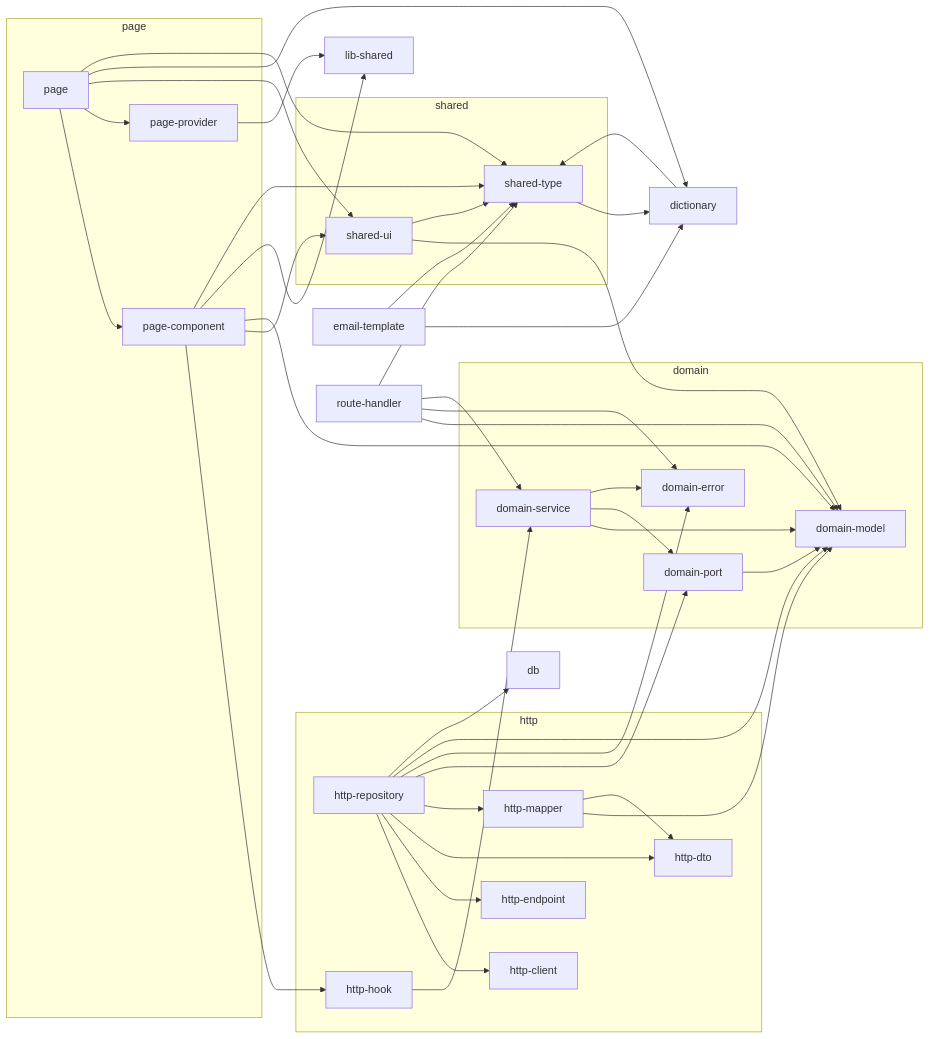
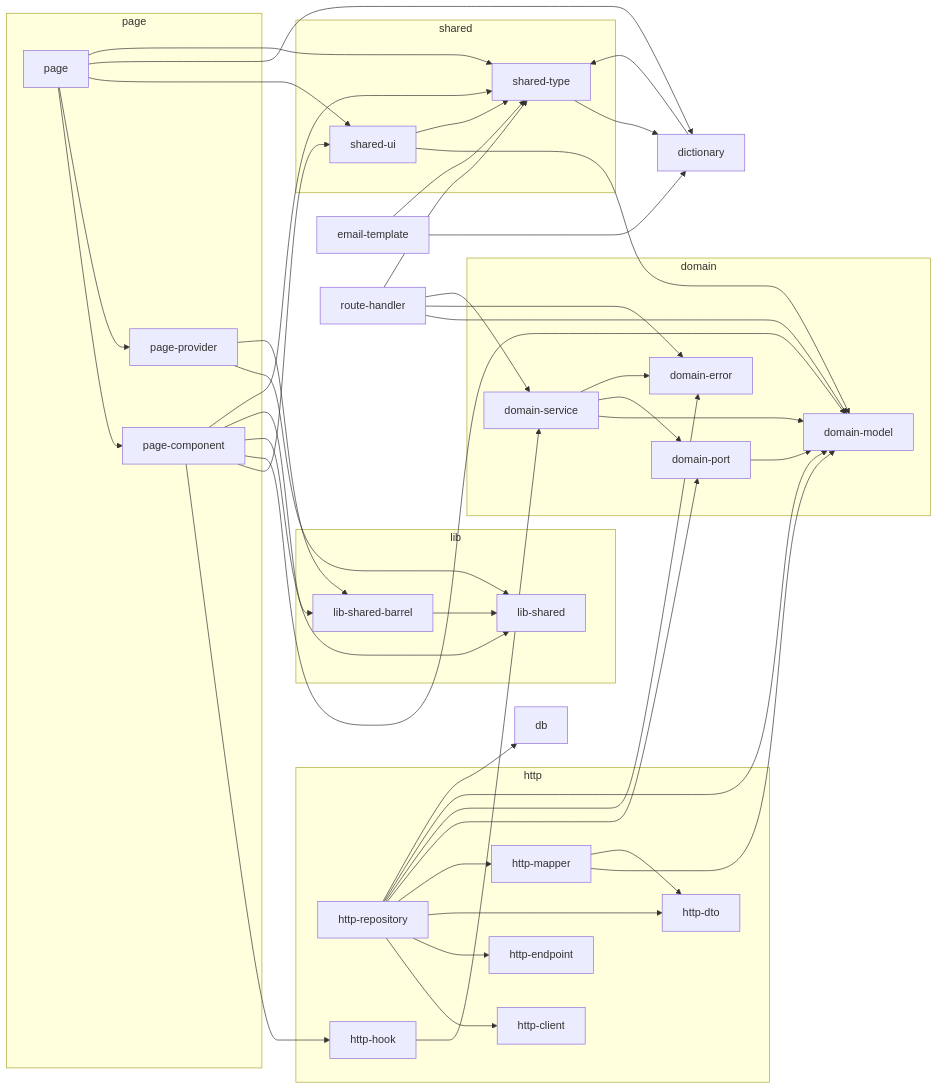
The diagram in rules/nextjs/base/lint-rules-diagram.md (JosephNK/jkit-code-plugin), drawn with Mermaid before and after one commit. The commit also changed 8 other files, not shown here.

First line of the commit message:
feat(nextjs): lib-shared barrel element 도입 + shadcn boundary 패치

````diff
--- a/rules/nextjs/base/lint-rules-diagram.md
+++ b/rules/nextjs/base/lint-rules-diagram.md
@@ -10,67 +10,73 @@
 ```mermaid
 graph LR
   subgraph g_domain [domain]
     domain_model["domain-model"]
     domain_error["domain-error"]
     domain_port["domain-port"]
     domain_service["domain-service"]
   end
   subgraph g_http [http]
     http_client["http-client"]
     http_endpoint["http-endpoint"]
     http_dto["http-dto"]
     http_mapper["http-mapper"]
     http_repository["http-repository"]
     http_hook["http-hook"]
   end
+  subgraph g_lib [lib]
+    lib_shared["lib-shared"]
+    lib_shared_barrel["lib-shared-barrel"]
+  end
   subgraph g_shared [shared]
     shared_ui["shared-ui"]
     shared_type["shared-type"]
   end
   subgraph g_page [page]
     page_component["page-component"]
     page_provider["page-provider"]
     page["page"]
   end
   db["db"]
-  lib_shared["lib-shared"]
   dictionary["dictionary"]
   email_template["email-template"]
   route_handler["route-handler"]
   domain_port --> domain_model
   domain_service --> domain_model
   domain_service --> domain_port
   domain_service --> domain_error
   http_mapper --> domain_model
   http_mapper --> http_dto
   http_repository --> http_client
   http_repository --> http_endpoint
   http_repository --> http_dto
   http_repository --> http_mapper
   http_repository --> domain_port
   http_repository --> domain_error
   http_repository --> domain_model
   http_repository --> db
   http_hook --> domain_service
+  lib_shared_barrel --> lib_shared
   shared_ui --> domain_model
   shared_ui --> shared_type
   page_component --> http_hook
   page_component --> shared_ui
   page_component --> domain_model
   page_component --> lib_shared
+  page_component --> lib_shared_barrel
   page_component --> shared_type
   page_provider --> lib_shared
+  page_provider --> lib_shared_barrel
   dictionary --> shared_type
   shared_type --> dictionary
   email_template --> dictionary
   email_template --> shared_type
   route_handler --> domain_model
   route_handler --> domain_error
   route_handler --> domain_service
   route_handler --> shared_type
   page --> page_component
   page --> page_provider
   page --> shared_ui
   page --> dictionary
   page --> shared_type
 ```
````
